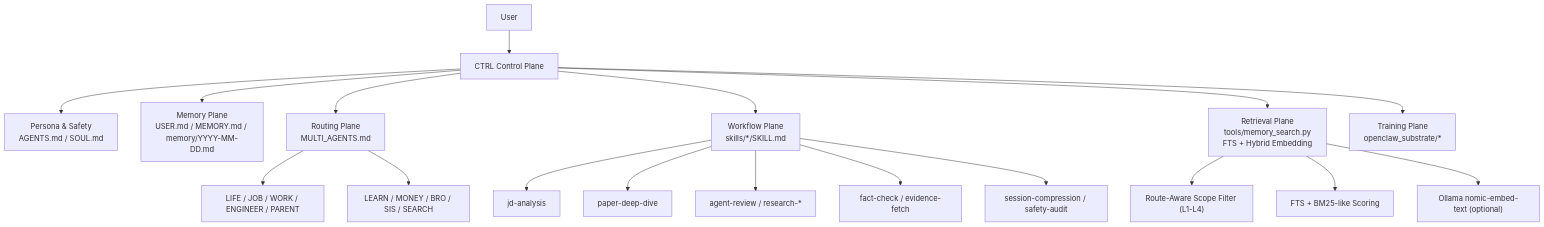
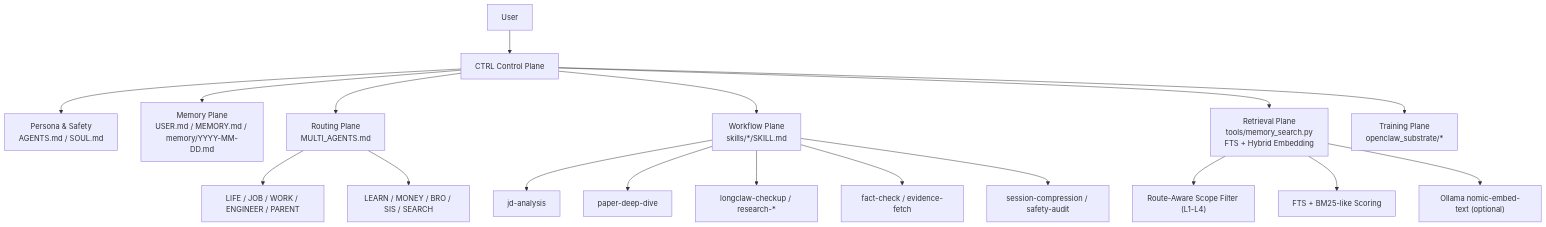
One commit to jinglong92/longClaw changed the first of 2 diagrams in README.en.md. Above: the diagram before and after it, drawn with Mermaid. The commit also changed other lines of this file and 10 other files, not shown here.

First line of the commit message:
docs(skills): replace agent-review with runtime checkup

````diff
--- a/README.en.md
+++ b/README.en.md
@@ -272,24 +259,24 @@
 ```mermaid
 flowchart TD
     U["User"] --> C["CTRL Control Plane"]
 
     C --> P["Persona & Safety\nAGENTS.md / SOUL.md"]
     C --> M["Memory Plane\nUSER.md / MEMORY.md / memory/YYYY-MM-DD.md"]
     C --> R["Routing Plane\nMULTI_AGENTS.md"]
     C --> W["Workflow Plane\nskills/*/SKILL.md"]
     C --> RET["Retrieval Plane\ntools/memory_search.py\nFTS + Hybrid Embedding"]
     C --> T["Training Plane\nopenclaw_substrate/*"]
 
     R --> S1["LIFE / JOB / WORK / ENGINEER / PARENT"]
     R --> S2["LEARN / MONEY / BRO / SIS / SEARCH"]
 
     W --> K1["jd-analysis"]
     W --> K2["paper-deep-dive"]
-    W --> K3["agent-review / research-*"]
+    W --> K3["longclaw-checkup / research-*"]
     W --> K4["fact-check / evidence-fetch"]
     W --> K5["session-compression / safety-audit"]
 
     RET --> RE1["Route-Aware Scope Filter (L1-L4)"]
     RET --> RE2["FTS + BM25-like Scoring"]
     RET --> RE3["Ollama nomic-embed-text (optional)"]
 ```
````
